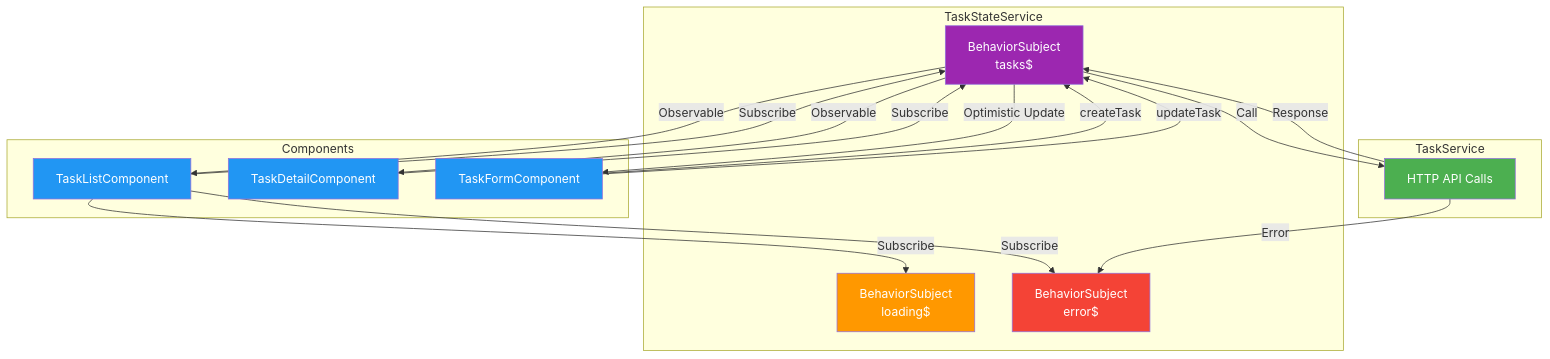
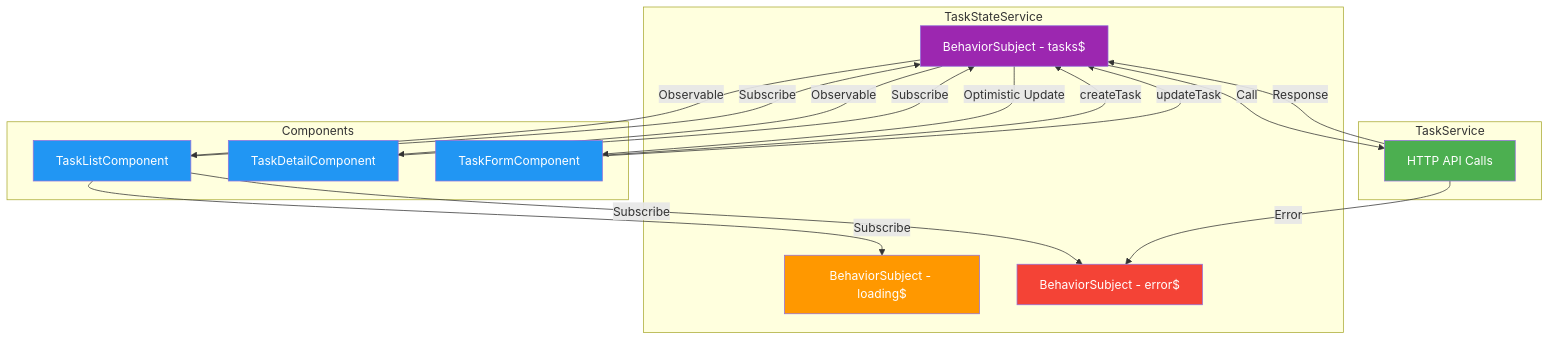
One commit to shashankdkte/node-angular changed the sixth of 7 diagrams in docs/ARCHITECTURE_DIAGRAM.md. Above: the diagram before and after it, drawn with Mermaid. The commit also changed other lines of this file, not shown here.

Commit message:
Architecture

````diff
--- a/docs/ARCHITECTURE_DIAGRAM.md
+++ b/docs/ARCHITECTURE_DIAGRAM.md
@@ -245,43 +245,43 @@
 ```mermaid
 graph TB
     subgraph "TaskStateService"
-        BS[BehaviorSubject<br/>tasks$]
-        LoadingBS[BehaviorSubject<br/>loading$]
-        ErrorBS[BehaviorSubject<br/>error$]
+        BS[BehaviorSubject - tasks$]
+        LoadingBS[BehaviorSubject - loading$]
+        ErrorBS[BehaviorSubject - error$]
     end
     
     subgraph "Components"
         TaskList[TaskListComponent]
         TaskDetail[TaskDetailComponent]
         TaskForm[TaskFormComponent]
     end
     
     subgraph "TaskService"
         API[HTTP API Calls]
     end
     
     TaskList -->|Subscribe| BS
     TaskList -->|Subscribe| LoadingBS
     TaskList -->|Subscribe| ErrorBS
     
     TaskDetail -->|Subscribe| BS
     
     TaskForm -->|createTask| BS
     TaskForm -->|updateTask| BS
     
     BS -->|Observable| TaskList
     BS -->|Observable| TaskDetail
     
     BS -->|Optimistic Update| TaskForm
     BS -->|Call| API
     API -->|Response| BS
     API -->|Error| ErrorBS
     
     style BS fill:#9C27B0,color:#fff
     style LoadingBS fill:#FF9800,color:#fff
     style ErrorBS fill:#F44336,color:#fff
     style TaskList fill:#2196F3,color:#fff
     style TaskDetail fill:#2196F3,color:#fff
     style TaskForm fill:#2196F3,color:#fff
     style API fill:#4CAF50,color:#fff
 ```
````
